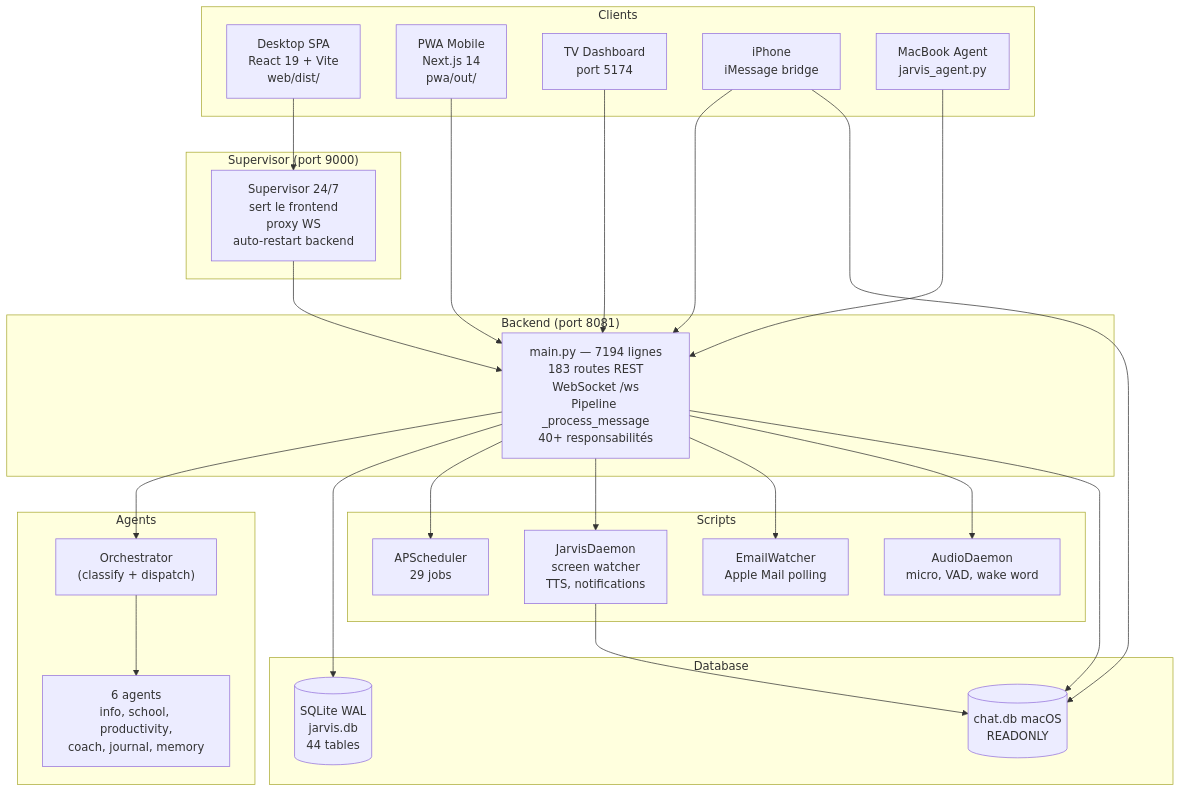
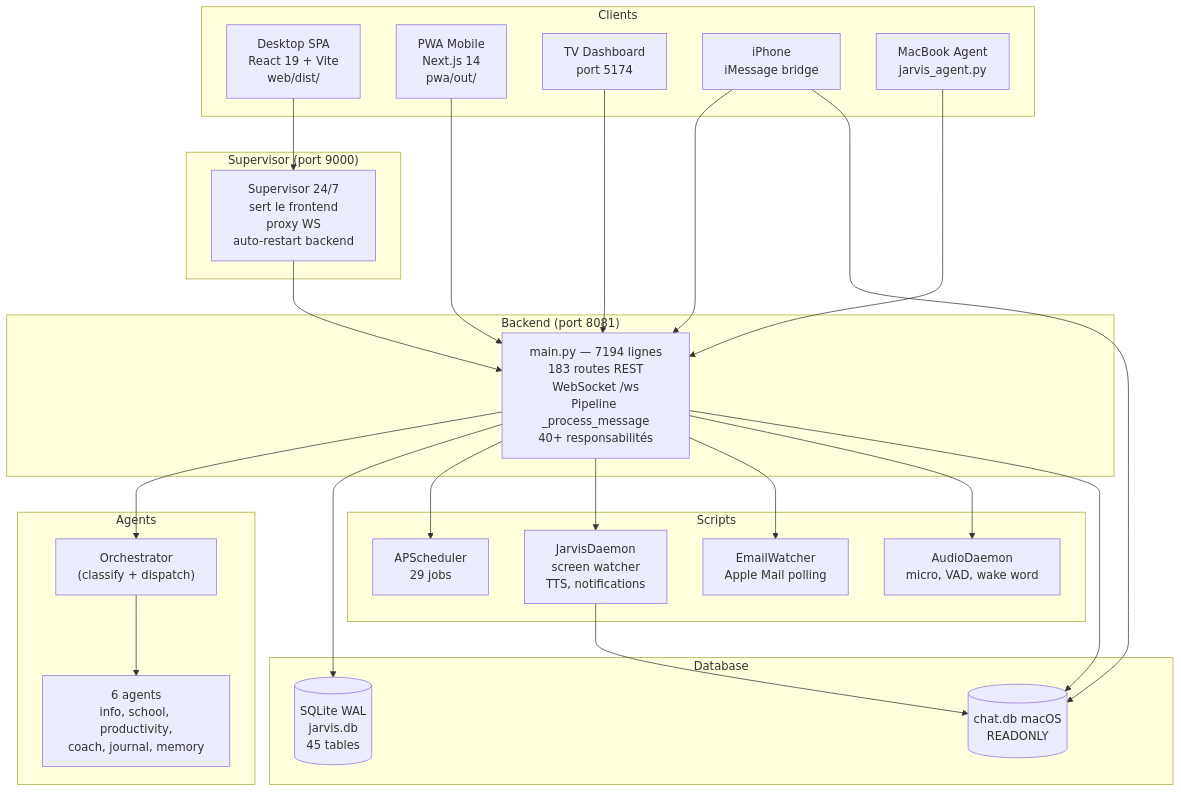
Before and after one commit to AVTAVANTTOUT2/JarvisAPI: the first of 2 diagrams in Architecture/INDEX.md, drawn with Mermaid. The commit also changed other lines of this file and 6 other files, not shown here.

````diff
--- a/Architecture/INDEX.md
+++ b/Architecture/INDEX.md
@@ -94,52 +94,52 @@
 ```mermaid
 graph TB
     subgraph "Clients"
         DESKTOP["Desktop SPA<br/>React 19 + Vite<br/>web/dist/"]
         MOBILE["PWA Mobile<br/>Next.js 14<br/>pwa/out/"]
         TV["TV Dashboard<br/>port 5174"]
         IMESSAGE["iPhone<br/>iMessage bridge"]
         AGENT["MacBook Agent<br/>jarvis_agent.py"]
     end
 
     subgraph "Supervisor (port 9000)"
         SUP["Supervisor 24/7<br/>sert le frontend<br/>proxy WS<br/>auto-restart backend"]
     end
 
     subgraph "Backend (port 8081)"
         MAIN["main.py — 7194 lignes<br/>183 routes REST<br/>WebSocket /ws<br/>Pipeline _process_message<br/>40+ responsabilités"]
     end
 
     subgraph "Agents"
         ORCH["Orchestrator<br/>(classify + dispatch)"]
         AG["6 agents<br/>info, school, productivity,<br/>coach, journal, memory"]
     end
 
     subgraph "Database"
-        DB[(SQLite WAL<br/>jarvis.db<br/>44 tables)]
+        DB[(SQLite WAL<br/>jarvis.db<br/>45 tables)]
         CHATDB[(chat.db macOS<br/>READONLY)]
     end
 
     subgraph "Scripts"
         SCHED["APScheduler<br/>29 jobs"]
         DAEMON["JarvisDaemon<br/>screen watcher<br/>TTS, notifications"]
         EMAILW["EmailWatcher<br/>Apple Mail polling"]
         AUDIOD["AudioDaemon<br/>micro, VAD, wake word"]
     end
 
     DESKTOP --> SUP
     MOBILE --> MAIN
     TV --> MAIN
     IMESSAGE --> MAIN
     AGENT --> MAIN
     SUP --> MAIN
     MAIN --> ORCH
     ORCH --> AG
     MAIN --> DB
     MAIN --> SCHED
     MAIN --> DAEMON
     MAIN --> EMAILW
     MAIN --> AUDIOD
     DAEMON --> CHATDB
     IMESSAGE --> CHATDB
     MAIN --> CHATDB
 ```
````
